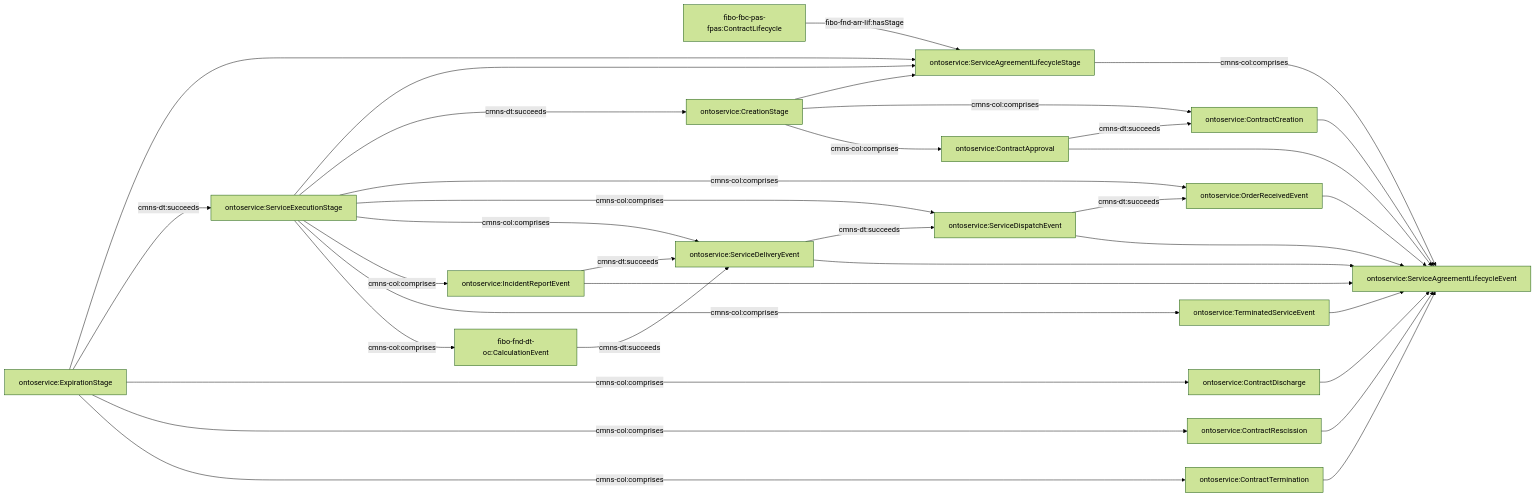
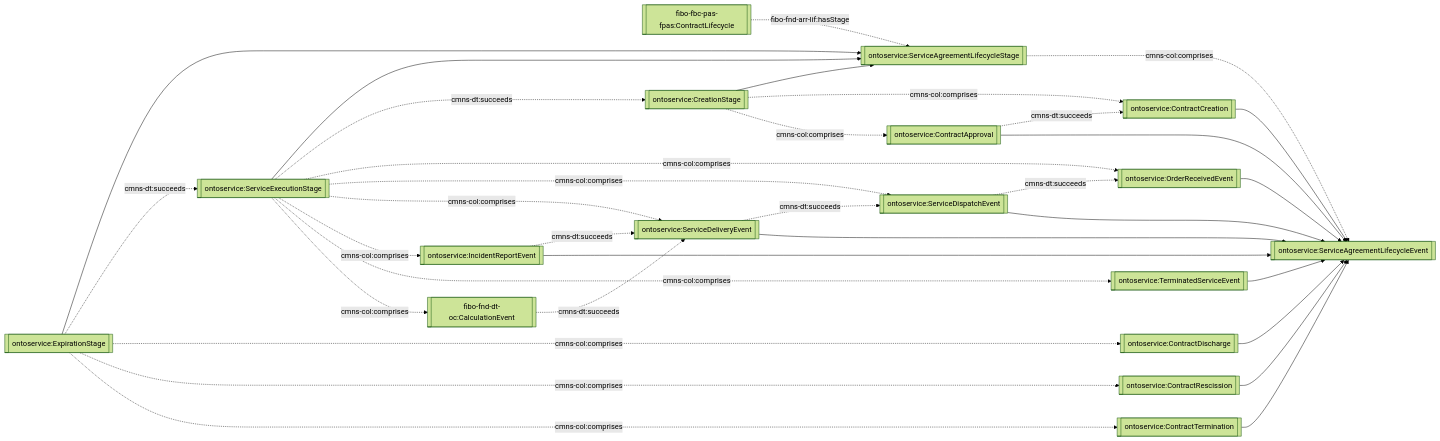
One commit to cambridge-cares/TheWorldAvatar changed the fifth of 12 diagrams in JPS_Ontology/ontology/ontoservice/README.md. Above: the diagram before and after it, drawn with Mermaid (forest theme). The commit also changed other lines of this file and 2 other files, not shown here.

Commit message:
dev-service-execution-ontology-extension: update documentation based on review comments

````diff
--- a/JPS_Ontology/ontology/ontoservice/README.md
+++ b/JPS_Ontology/ontology/ontoservice/README.md
@@ -180,46 +178,46 @@
 ```mermaid
 flowchart LR
     %% Styling
     classDef literal fill:none
     classDef node overflow-wrap:break-word,text-wrap:pretty
     linkStyle default overflow-wrap:break-word,text-wrap:pretty;
 
     %% Contents
-    Lifecycle[fibo-fbc-pas-fpas:ContractLifecycle] -- fibo-fnd-arr-lif:hasStage --> Stage[ontoservice:ServiceAgreementLifecycleStage]
-    Stage -- cmns-col:comprises --> Event[ontoservice:ServiceAgreementLifecycleEvent]
+    Lifecycle[[fibo-fbc-pas-fpas:ContractLifecycle]] -. fibo-fnd-arr-lif:hasStage .-> Stage[[ontoservice:ServiceAgreementLifecycleStage]]
+    Stage -. cmns-col:comprises .-> Event[[ontoservice:ServiceAgreementLifecycleEvent]]
 
-    CreationStage[ontoservice:CreationStage] --> Stage
-    ServiceExecutionStage[ontoservice:ServiceExecutionStage] --> Stage
-    ExpirationStage[ontoservice:ExpirationStage] --> Stage
-    ServiceExecutionStage -- cmns-dt:succeeds --> CreationStage
-    ExpirationStage -- cmns-dt:succeeds --> ServiceExecutionStage
+    CreationStage[[ontoservice:CreationStage]] --> Stage
+    ServiceExecutionStage[[ontoservice:ServiceExecutionStage]] --> Stage
+    ExpirationStage[[ontoservice:ExpirationStage]] --> Stage
+    ServiceExecutionStage -. cmns-dt:succeeds .-> CreationStage
+    ExpirationStage -. cmns-dt:succeeds .-> ServiceExecutionStage
 
-    CreationStage -- cmns-col:comprises --> ContractCreation[ontoservice:ContractCreation]
-    CreationStage -- cmns-col:comprises --> ContractApproval[ontoservice:ContractApproval]
-    ContractApproval -- cmns-dt:succeeds --> ContractCreation
+    CreationStage -. cmns-col:comprises .-> ContractCreation[[ontoservice:ContractCreation]]
+    CreationStage -. cmns-col:comprises .-> ContractApproval[[ontoservice:ContractApproval]]
+    ContractApproval -. cmns-dt:succeeds .-> ContractCreation
     ContractCreation --> Event
     ContractApproval --> Event
 
-    ServiceExecutionStage -- cmns-col:comprises --> OrderReceivedEvent[ontoservice:OrderReceivedEvent]
-    ServiceExecutionStage -- cmns-col:comprises --> ServiceDispatchEvent[ontoservice:ServiceDispatchEvent]
-    ServiceExecutionStage -- cmns-col:comprises --> ServiceDeliveryEvent[ontoservice:ServiceDeliveryEvent]
-    ServiceExecutionStage -- cmns-col:comprises --> IncidentReportEvent[ontoservice:IncidentReportEvent]
-    ServiceExecutionStage -- cmns-col:comprises --> TerminatedServiceEvent[ontoservice:TerminatedServiceEvent]
-    ServiceExecutionStage -- cmns-col:comprises --> CalculationEvent[fibo-fnd-dt-oc:CalculationEvent]
-    ServiceDispatchEvent -- cmns-dt:succeeds --> OrderReceivedEvent
-    ServiceDeliveryEvent -- cmns-dt:succeeds --> ServiceDispatchEvent
-    CalculationEvent -- cmns-dt:succeeds --> ServiceDeliveryEvent
-    IncidentReportEvent -- cmns-dt:succeeds --> ServiceDeliveryEvent
+    ServiceExecutionStage -. cmns-col:comprises .-> OrderReceivedEvent[[ontoservice:OrderReceivedEvent]]
+    ServiceExecutionStage -. cmns-col:comprises .-> ServiceDispatchEvent[[ontoservice:ServiceDispatchEvent]]
+    ServiceExecutionStage -. cmns-col:comprises .-> ServiceDeliveryEvent[[ontoservice:ServiceDeliveryEvent]]
+    ServiceExecutionStage -. cmns-col:comprises .-> IncidentReportEvent[[ontoservice:IncidentReportEvent]]
+    ServiceExecutionStage -. cmns-col:comprises .-> TerminatedServiceEvent[[ontoservice:TerminatedServiceEvent]]
+    ServiceExecutionStage -. cmns-col:comprises .-> CalculationEvent[[fibo-fnd-dt-oc:CalculationEvent]]
+    ServiceDispatchEvent -. cmns-dt:succeeds .-> OrderReceivedEvent
+    ServiceDeliveryEvent -. cmns-dt:succeeds .-> ServiceDispatchEvent
+    CalculationEvent -. cmns-dt:succeeds .-> ServiceDeliveryEvent
+    IncidentReportEvent -. cmns-dt:succeeds .-> ServiceDeliveryEvent
     OrderReceivedEvent --> Event
     ServiceDispatchEvent --> Event
     ServiceDeliveryEvent --> Event
     IncidentReportEvent --> Event
     TerminatedServiceEvent --> Event
 
-    ExpirationStage -- cmns-col:comprises --> ContractDischarge[ontoservice:ContractDischarge]
-    ExpirationStage -- cmns-col:comprises --> ContractRescission[ontoservice:ContractRescission]
-    ExpirationStage -- cmns-col:comprises --> ContractTermination[ontoservice:ContractTermination]
+    ExpirationStage -. cmns-col:comprises .-> ContractDischarge[[ontoservice:ContractDischarge]]
+    ExpirationStage -. cmns-col:comprises .-> ContractRescission[[ontoservice:ContractRescission]]
+    ExpirationStage -. cmns-col:comprises .-> ContractTermination[[ontoservice:ContractTermination]]
     ContractDischarge --> Event
     ContractRescission --> Event
     ContractTermination --> Event
 ```
````
